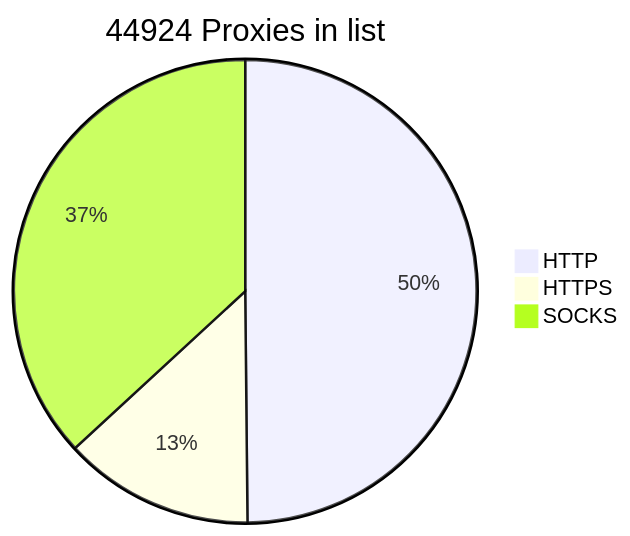
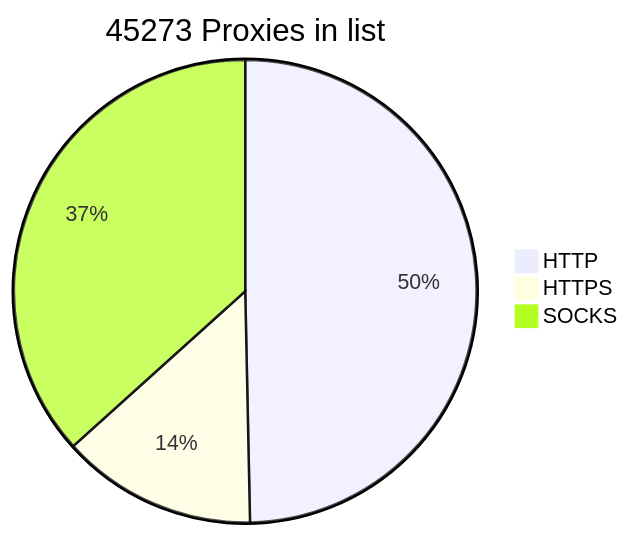
Before and after one commit to BlackSnowDot/proxylist-update-every-minute: the diagram in README.md, drawn with Mermaid.

````diff
--- a/README.md
+++ b/README.md
@@ -2,6 +2,6 @@
 ```mermaid
-pie title 44924 Proxies in list
-    "HTTP" : 24978
-    "HTTPS": 6665
-    "SOCKS" : 18470
+pie title 45273 Proxies in list
+    "HTTP" : 25066
+    "HTTPS": 6894
+    "SOCKS" : 18505
 ```
````
